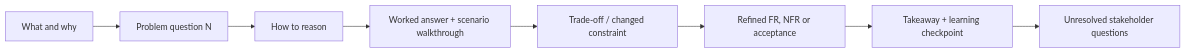
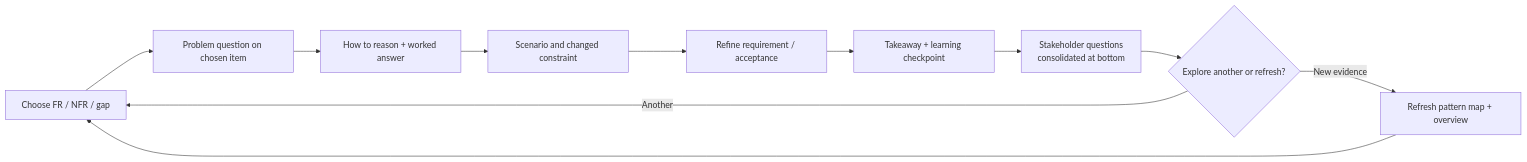
The second of 2 diagrams in skills/refine-requirements/README.md (rlynjb/dotskills), drawn with Mermaid before and after one commit. The commit also changed other lines of this file, not shown here.

Commit message:
Document overview-first Refine Requirements flow, evidence map and selective interview

````diff
--- a/skills/refine-requirements/README.md
+++ b/skills/refine-requirements/README.md
@@ -71,10 +85,13 @@
 ```mermaid
 flowchart LR
-    A["What and why"] --> B["Problem question N"]
-    B --> C["How to reason"]
-    C --> D["Worked answer + scenario walkthrough"]
-    D --> E["Trade-off / changed constraint"]
-    E --> F["Refined FR, NFR or acceptance"]
-    F --> G["Takeaway + learning checkpoint"]
-    G --> H["Unresolved stakeholder questions"]
+    A["Choose FR / NFR / gap"] --> B["Problem question on chosen item"]
+    B --> C["How to reason + worked answer"]
+    C --> D["Scenario and changed constraint"]
+    D --> E["Refine requirement / acceptance"]
+    E --> F["Takeaway + learning checkpoint"]
+    F --> G["Stakeholder questions<br/>consolidated at bottom"]
+    G --> H{"Explore another or refresh?"}
+    H -->|"Another"| A
+    H -->|"New evidence"| I["Refresh pattern map + overview"]
+    I --> A
 ```
````
